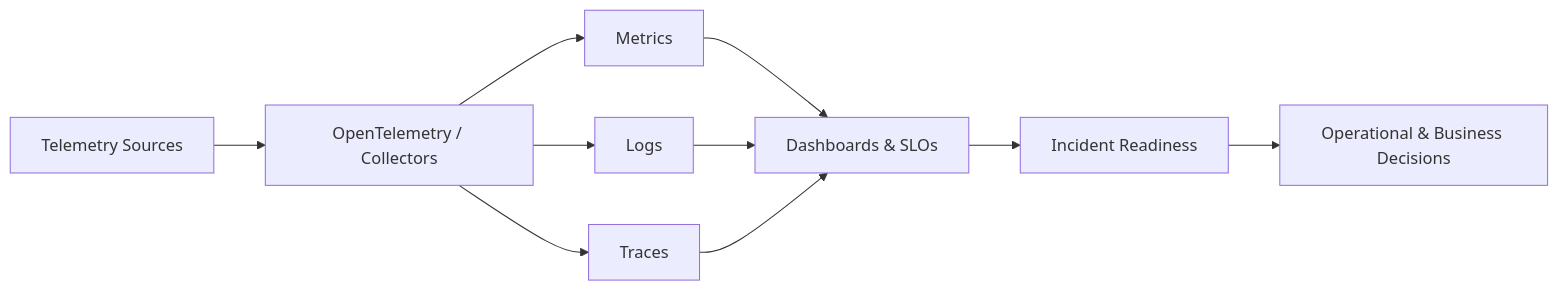
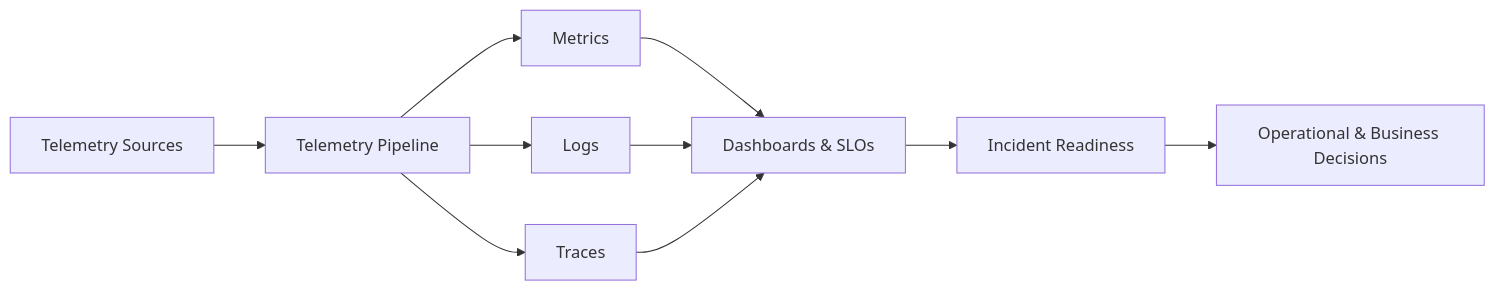
The diagram in README.md (techsantosarthur/techsantosarthur), drawn with Mermaid before and after one commit. The commit also changed other lines of this file, not shown here.

````diff
--- a/README.md
+++ b/README.md
@@ -219,12 +219,12 @@
 ```mermaid
 flowchart LR
-    A[Telemetry Sources] --> B[OpenTelemetry / Collectors]
+    A[Telemetry Sources] --> B[Telemetry Pipeline]
     B --> C[Metrics]
     B --> D[Logs]
     B --> E[Traces]
     C --> F[Dashboards & SLOs]
     D --> F
     E --> F
     F --> G[Incident Readiness]
     G --> H[Operational & Business Decisions]
 ```
````
